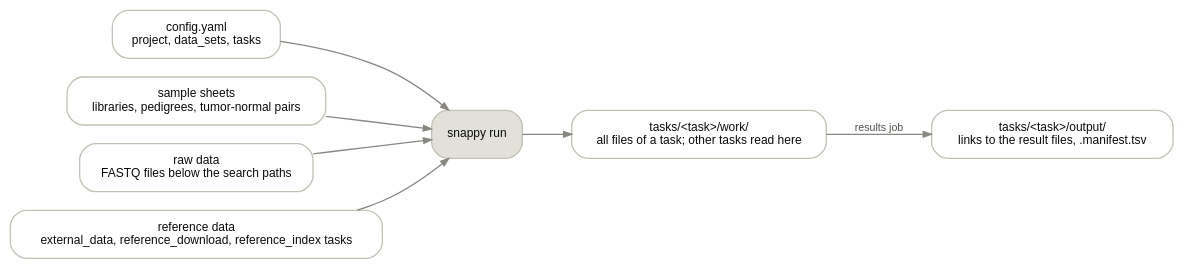
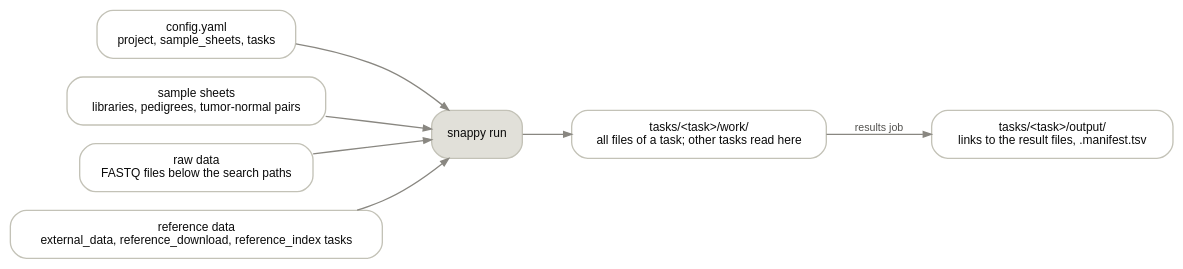
The first of 2 diagrams in docs/overview.md (bihealth/snappy-pipeline), drawn with Graphviz before and after one commit. The commit also changed other lines of this file and 153 other files, not shown here.

````diff
--- a/docs/overview.md
+++ b/docs/overview.md
@@ -94,16 +94,16 @@
 ```{graphviz}
 digraph {
     rankdir=LR; bgcolor="transparent"; nodesep=0.2; ranksep=0.5;
     node [shape=box, style="rounded,filled", fillcolor="#ffffff", color="#c3c2b7", fontname="Helvetica", fontsize=9, fontcolor="#0b0b0b"];
     edge [color="#898781", arrowsize=0.6, fontname="Helvetica", fontsize=8, fontcolor="#52514e"];
-    config [label="config.yaml\nproject, data_sets, tasks"];
+    config [label="config.yaml\nproject, sample_sheets, tasks"];
     sheets [label="sample sheets\nlibraries, pedigrees, tumor-normal pairs"];
     raw [label="raw data\nFASTQ files below the search paths"];
     refs [label="reference data\nexternal_data, reference_download, reference_index tasks"];
     run [label="snappy run", style="rounded,filled", fillcolor="#e1e0d9"];
     work [label="tasks/<task>/work/\nall files of a task; other tasks read here"];
     output [label="tasks/<task>/output/\nlinks to the result files, .manifest.tsv"];
     config -> run; sheets -> run; raw -> run; refs -> run;
     run -> work; work -> output [label="results job"];
 }
 ```
````
